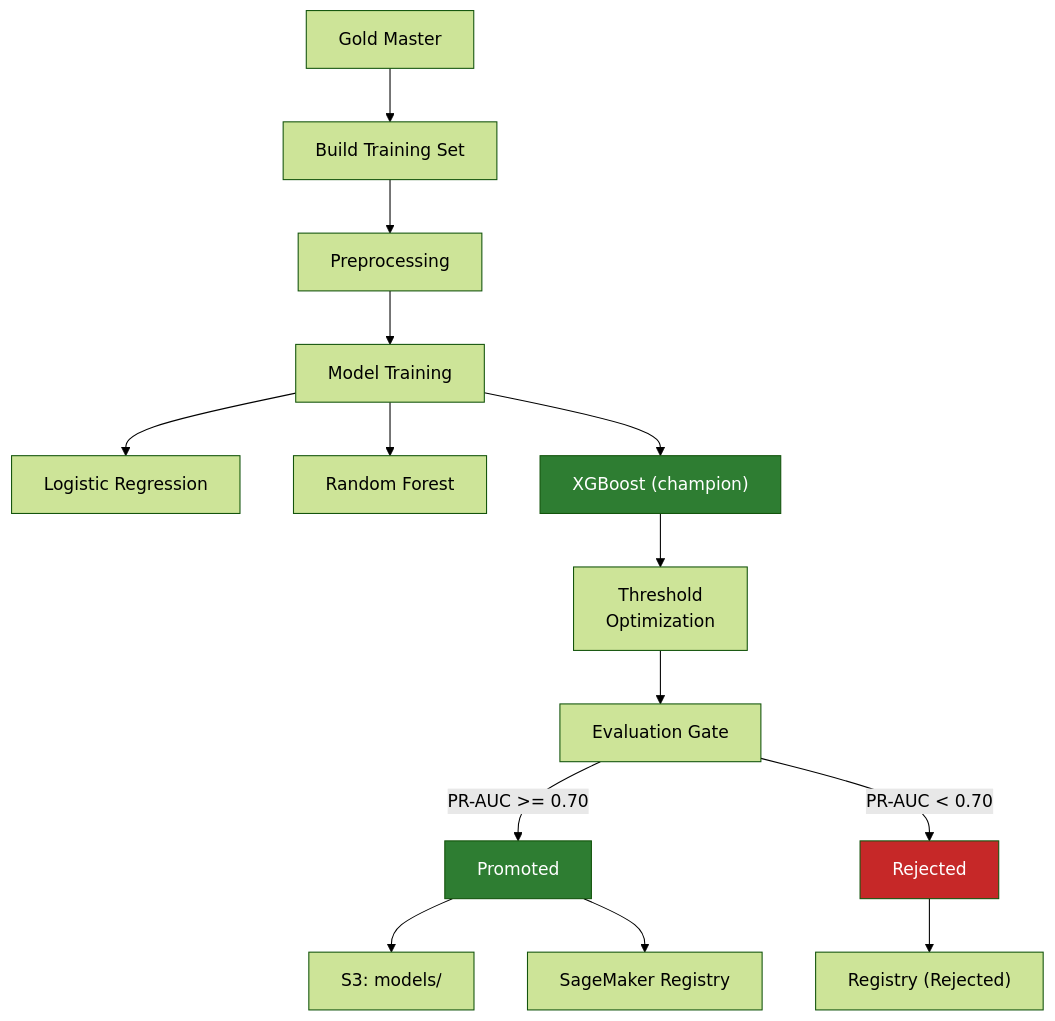
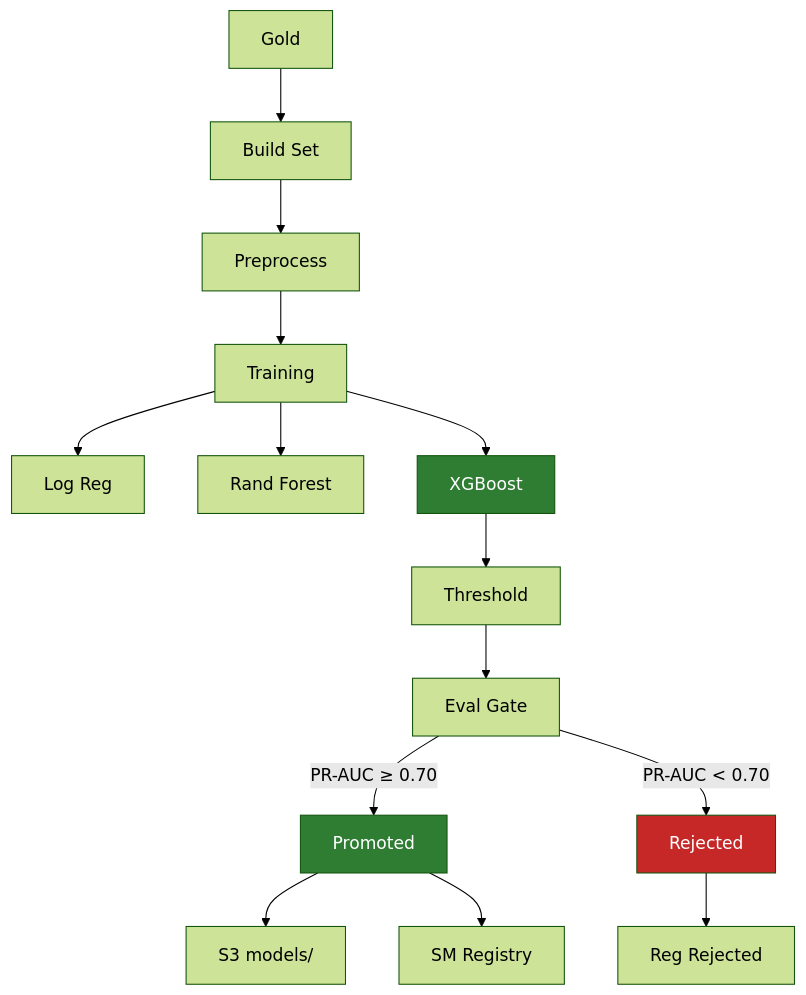
Before and after one commit to rawad-yared/bcgx-spanishgas-g1: the fourth of 8 diagrams in README.md, drawn with Mermaid (forest theme). The commit also changed other lines of this file, not shown here.

First line of the commit message:
Simplify all Mermaid diagrams to fix GitHub text truncation

````diff
--- a/README.md
+++ b/README.md
@@ -220,25 +188,25 @@
 ```mermaid
-graph TD
-    GM["Gold Master"] --> BTS["Build Training Set"]
-    BTS --> PP["Preprocessing"]
-    PP --> TRAIN["Model Training"]
+flowchart TD
+    GM[Gold] --> BTS[Build Set]
+    BTS --> PP[Preprocess]
+    PP --> TRAIN[Training]
 
-    TRAIN --> LR["Logistic Regression"]
-    TRAIN --> RF["Random Forest"]
-    TRAIN --> XGB["XGBoost (champion)"]
+    TRAIN --> LR[Log Reg]
+    TRAIN --> RF[Rand Forest]
+    TRAIN --> XGB[XGBoost]
 
-    XGB --> THRESH["Threshold<br>Optimization"]
-    THRESH --> EVAL["Evaluation Gate"]
+    XGB --> THR[Threshold]
+    THR --> EVAL[Eval Gate]
 
-    EVAL -->|"PR-AUC >= 0.70"| PASS["Promoted"]
-    EVAL -->|"PR-AUC < 0.70"| FAIL["Rejected"]
+    EVAL -->|"PR-AUC ≥ 0.70"| PASS[Promoted]
+    EVAL -->|"PR-AUC < 0.70"| FAIL[Rejected]
 
-    PASS --> S3_MODELS["S3: models/"]
-    PASS --> SM_REG["SageMaker Registry"]
+    PASS --> S3M[S3 models/]
+    PASS --> REG[SM Registry]
 
-    FAIL --> SM_REJ["Registry (Rejected)"]
+    FAIL --> REJ[Reg Rejected]
 
     style XGB fill:#2e7d32,color:#fff
     style PASS fill:#2e7d32,color:#fff
     style FAIL fill:#c62828,color:#fff
 ```
````
